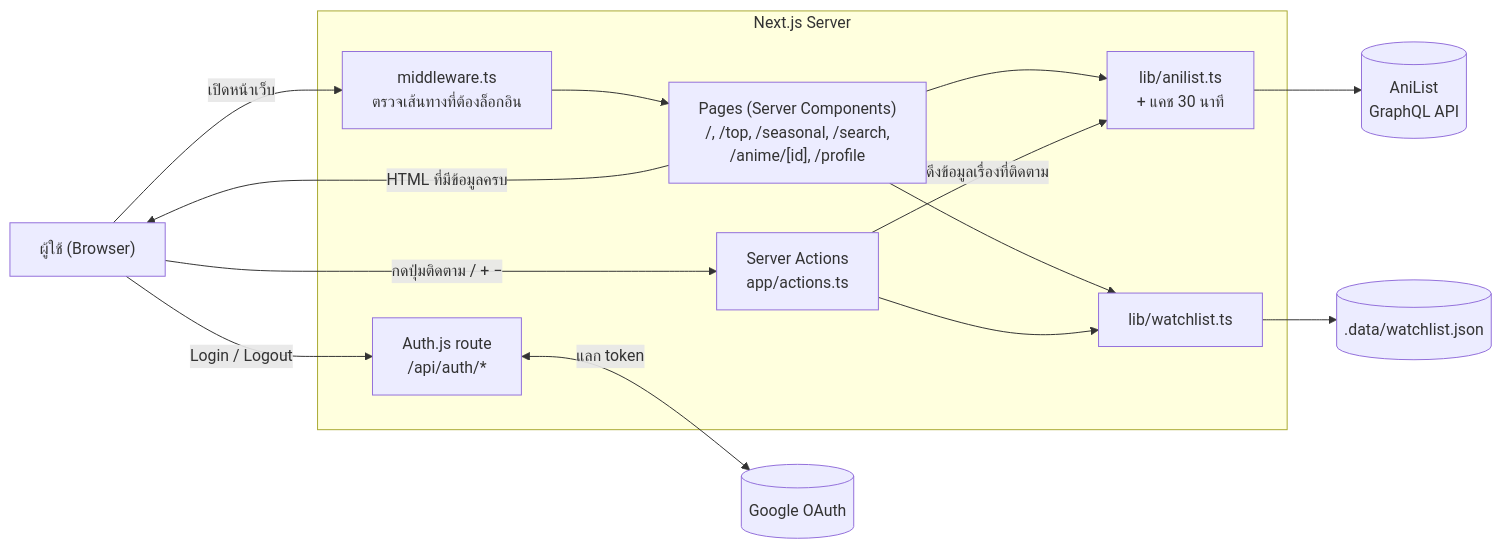
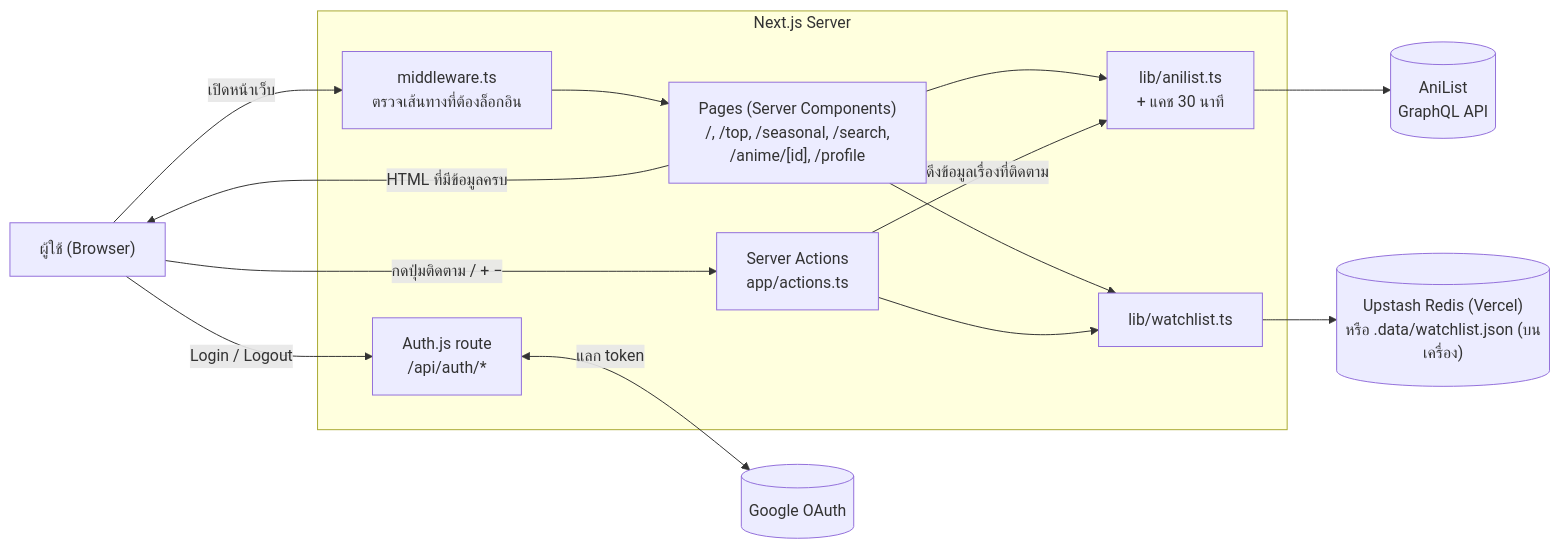
The first of 5 diagrams in README.md (kmegumi354-cloud/project-webtech), drawn with Mermaid before and after one commit. The commit also changed other lines of this file, not shown here.

First line of the commit message:
Document Upstash Redis watchlist storage in README

````diff
--- a/README.md
+++ b/README.md
@@ -205,27 +209,27 @@
 ```mermaid
 flowchart LR
     U["ผู้ใช้ (Browser)"]
 
     subgraph NEXT["Next.js Server"]
         MW["middleware.ts<br/>ตรวจเส้นทางที่ต้องล็อกอิน"]
         PAGES["Pages (Server Components)<br/>/, /top, /seasonal, /search,<br/>/anime/[id], /profile"]
         ACT["Server Actions<br/>app/actions.ts"]
         AUTHR["Auth.js route<br/>/api/auth/*"]
         LIB["lib/anilist.ts<br/>+ แคช 30 นาที"]
         WL["lib/watchlist.ts"]
     end
 
     ANI[("AniList<br/>GraphQL API")]
     G[("Google OAuth")]
-    FILE[(".data/watchlist.json")]
+    STORE[("Upstash Redis (Vercel)<br/>หรือ .data/watchlist.json (บนเครื่อง)")]
 
     U -->|"เปิดหน้าเว็บ"| MW --> PAGES
     U -->|"กดปุ่มติดตาม / + −"| ACT
     U -->|"Login / Logout"| AUTHR
     PAGES --> LIB --> ANI
     PAGES --> WL
-    ACT --> WL --> FILE
+    ACT --> WL --> STORE
     ACT -->|"ดึงข้อมูลเรื่องที่ติดตาม"| LIB
     AUTHR <-->|"แลก token"| G
     PAGES -->|"HTML ที่มีข้อมูลครบ"| U
 ```
````
